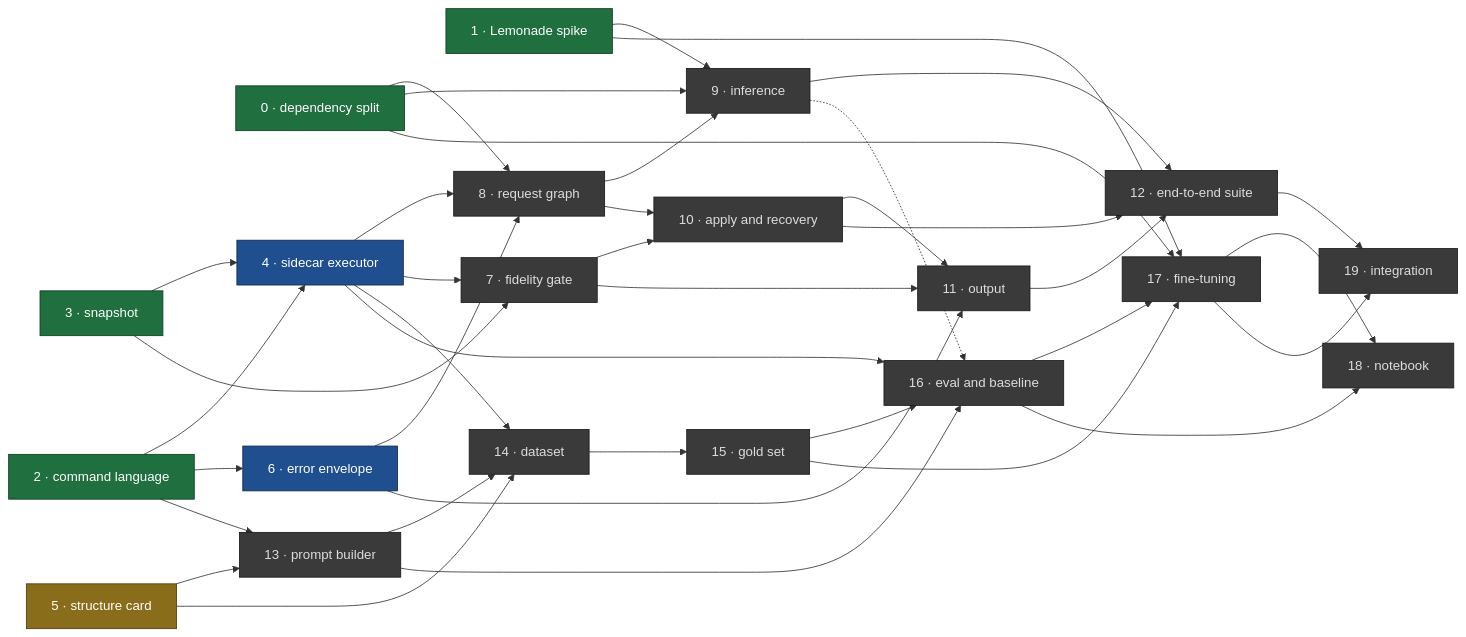
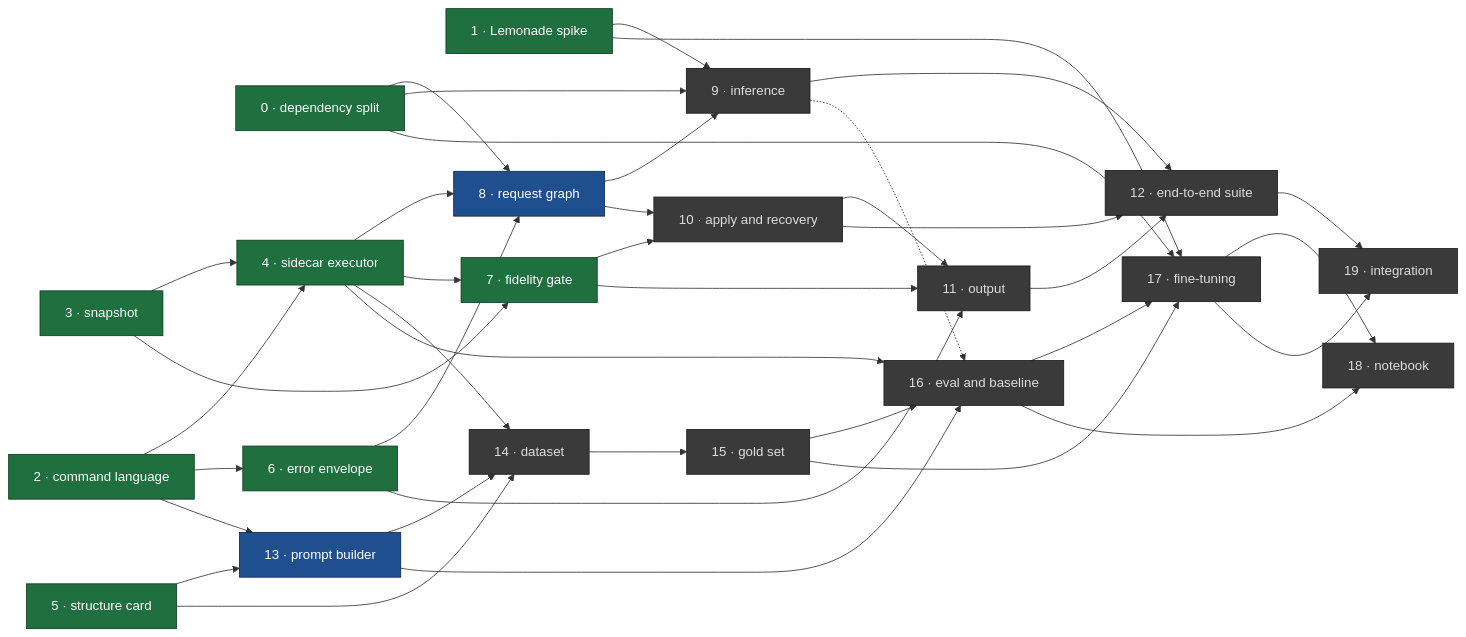
Before and after one commit to urban233/pymol-copilot: the diagram in docs/master_plan.md, drawn with Mermaid. The commit also changed other lines of this file, not shown here.

````diff
--- a/docs/master_plan.md
+++ b/docs/master_plan.md
@@ -112,66 +112,66 @@
 ```mermaid
 flowchart LR
   classDef done fill:#1f6f3f,stroke:#0d3d22,color:#fff
   classDef review fill:#8a6d1a,stroke:#4d3c0c,color:#fff
   classDef ready fill:#1f4f8f,stroke:#0d2a4d,color:#fff
   classDef blocked fill:#3a3a3a,stroke:#1a1a1a,color:#ddd
 
   I0["0 · dependency split"]:::done
   I1["1 · Lemonade spike"]:::done
   I2["2 · command language"]:::done
   I3["3 · snapshot"]:::done
-  I4["4 · sidecar executor"]:::ready
-  I5["5 · structure card"]:::review
-  I6["6 · error envelope"]:::ready
-  I7["7 · fidelity gate"]:::blocked
-  I8["8 · request graph"]:::blocked
+  I4["4 · sidecar executor"]:::done
+  I5["5 · structure card"]:::done
+  I6["6 · error envelope"]:::done
+  I7["7 · fidelity gate"]:::done
+  I8["8 · request graph"]:::ready
   I9["9 · inference"]:::blocked
   I10["10 · apply and recovery"]:::blocked
   I11["11 · output"]:::blocked
   I12["12 · end-to-end suite"]:::blocked
-  I13["13 · prompt builder"]:::blocked
+  I13["13 · prompt builder"]:::ready
   I14["14 · dataset"]:::blocked
   I15["15 · gold set"]:::blocked
   I16["16 · eval and baseline"]:::blocked
   I17["17 · fine-tuning"]:::blocked
   I18["18 · notebook"]:::blocked
   I19["19 · integration"]:::blocked
 
   I2 --> I4
   I3 --> I4
   I2 --> I6
   I0 --> I8
   I4 --> I8
   I6 --> I8
   I3 --> I7
   I4 --> I7
   I0 --> I9
   I1 --> I9
   I8 --> I9
   I7 --> I10
   I8 --> I10
   I6 --> I11
   I7 --> I11
   I10 --> I11
   I9 --> I12
   I10 --> I12
   I11 --> I12
   I2 --> I13
   I5 --> I13
   I4 --> I14
   I5 --> I14
   I13 --> I14
   I14 --> I15
   I15 --> I16
   I13 --> I16
   I4 --> I16
   I9 -.-> I16
   I1 --> I17
   I0 --> I17
   I15 --> I17
   I16 --> I17
   I16 --> I18
   I17 --> I18
   I12 --> I19
   I17 --> I19
 ```
````
